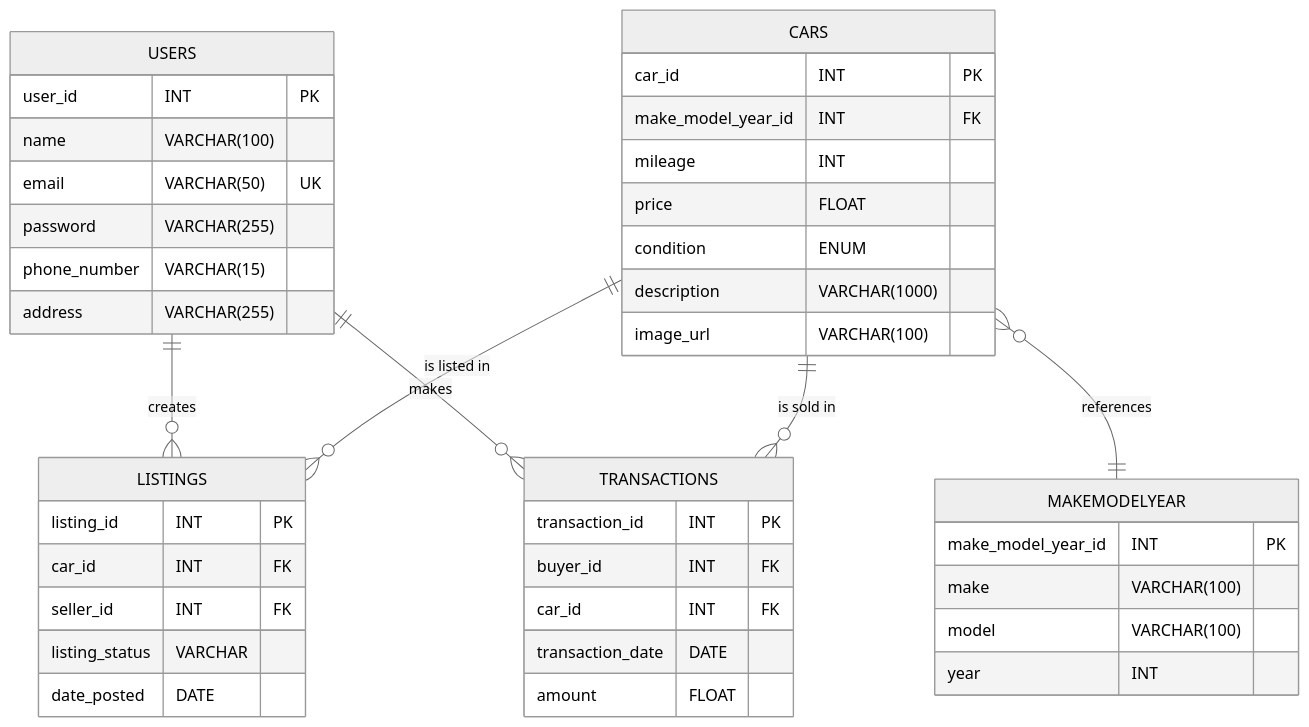
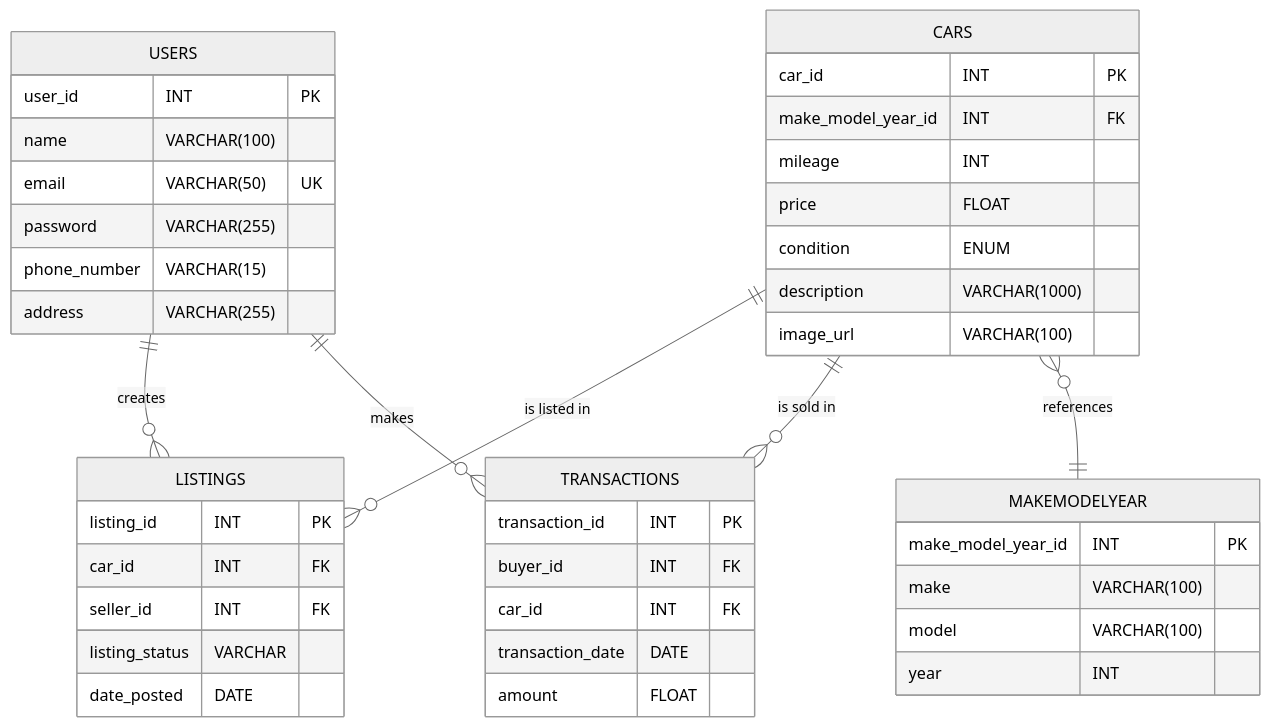
One commit to Mostofa-Abedin/T2A2_-API_Webserver changed the diagram in README.MD. Above: the diagram before and after it, drawn with Mermaid (neutral theme). The commit also changed other lines of this file, not shown here.

````diff
--- a/README.MD
+++ b/README.MD
@@ -1056,52 +1060,54 @@
 ```mermaid
 erDiagram
     USERS {
         user_id INT PK
         name VARCHAR(100)
         email VARCHAR(50) UK
         password VARCHAR(255)
         phone_number VARCHAR(15)
         address VARCHAR(255)
     }
 
     CARS {
         car_id INT PK
         make_model_year_id INT FK
         mileage INT
         price FLOAT
         condition ENUM
         description VARCHAR(1000)
         image_url VARCHAR(100)
     }
 
     MAKEMODELYEAR {
         make_model_year_id INT PK
         make VARCHAR(100)
         model VARCHAR(100)
         year INT
     }
 
     LISTINGS {
         listing_id INT PK
         car_id INT FK
         seller_id INT FK
         listing_status VARCHAR
         date_posted DATE
     }
 
     TRANSACTIONS {
         transaction_id INT PK
         buyer_id INT FK
         car_id INT FK
         transaction_date DATE
         amount FLOAT
     }
 
-    USERS ||--o{ LISTINGS : "creates"
-    USERS ||--o{ TRANSACTIONS : "makes"
-
     CARS ||--o{ LISTINGS : "is listed in"
     CARS ||--o{ TRANSACTIONS : "is sold in"
     CARS }o--|| MAKEMODELYEAR : "references"
 
+    USERS ||--o{ LISTINGS : "creates"
+    USERS ||--o{ TRANSACTIONS : "makes"
+
+
+
 ```
````
